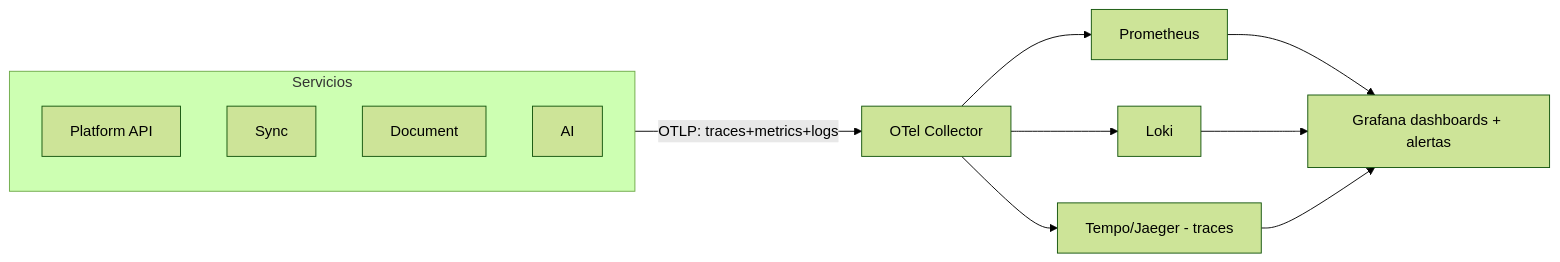
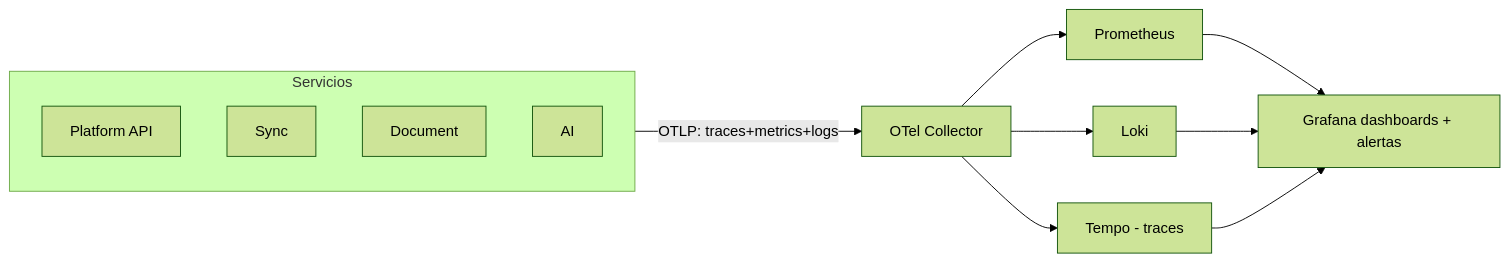
The diagram in docs/04-architecture/08-observability-architecture.md (vicentico/compra_agil_ai_simulacion_oci), drawn with Mermaid (forest theme) before and after one commit. The commit also changed other lines of this file and 48 other files, not shown here.

````diff
--- a/docs/04-architecture/08-observability-architecture.md
+++ b/docs/04-architecture/08-observability-architecture.md
@@ -5,11 +5,11 @@
 ```mermaid
 flowchart LR
     subgraph Servicios
         API[Platform API] & SW[Sync] & DW[Document] & AIW[AI]
     end
     Servicios -->|OTLP: traces+metrics+logs| COL[OTel Collector]
     COL --> PROM[Prometheus]
     COL --> LOKI[Loki]
-    COL --> TEMPO[Tempo/Jaeger - traces]
+    COL --> TEMPO[Tempo - traces]
     PROM & LOKI & TEMPO --> GRAF[Grafana dashboards + alertas]
 ```
````
